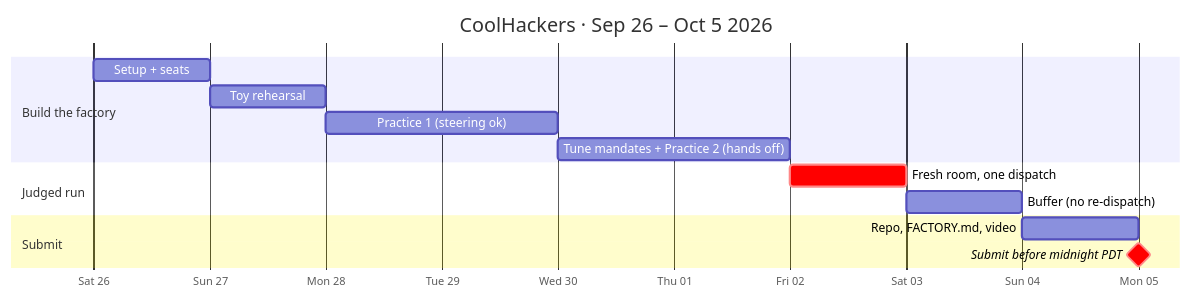
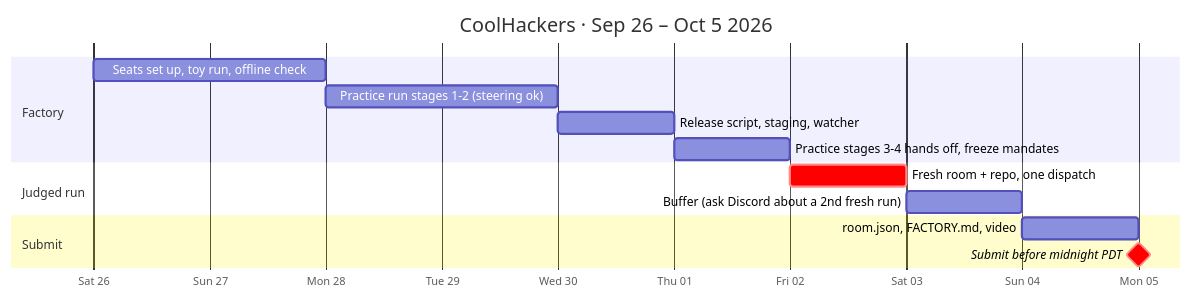
Before and after one commit to June24-optimize/Hercules-coolhackers: the fifth of 5 diagrams in PLAN.md, drawn with Mermaid. The commit also changed other lines of this file and 22 other files, not shown here.

````diff
--- a/PLAN.md
+++ b/PLAN.md
@@ -193,17 +194,17 @@
 ```mermaid
 gantt
     title CoolHackers · Sep 26 – Oct 5 2026
     dateFormat YYYY-MM-DD
     axisFormat %a %d
-    section Build the factory
-    Setup + seats             :s1, 2026-09-26, 1d
-    Toy rehearsal             :s2, 2026-09-27, 1d
-    Practice 1 (steering ok)  :s3, 2026-09-28, 2d
-    Tune mandates + Practice 2 (hands off) :s4, 2026-09-30, 2d
+    section Factory
+    Seats set up, toy run, offline check  :a1, 2026-09-26, 2d
+    Practice run stages 1-2 (steering ok) :a2, 2026-09-28, 2d
+    Release script, staging, watcher      :a3, 2026-09-30, 1d
+    Practice stages 3-4 hands off, freeze mandates :a4, 2026-10-01, 1d
     section Judged run
-    Fresh room, one dispatch  :crit, j1, 2026-10-02, 1d
-    Buffer (no re-dispatch)   :j2, 2026-10-03, 1d
+    Fresh room + repo, one dispatch       :crit, j1, 2026-10-02, 1d
+    Buffer (ask Discord about a 2nd fresh run) :j2, 2026-10-03, 1d
     section Submit
-    Repo, FACTORY.md, video   :u1, 2026-10-04, 1d
-    Submit before midnight PDT :crit, milestone, u2, 2026-10-05, 0d
+    room.json, FACTORY.md, video          :s1, 2026-10-04, 1d
+    Submit before midnight PDT            :crit, milestone, s2, 2026-10-05, 0d
 ```
````
